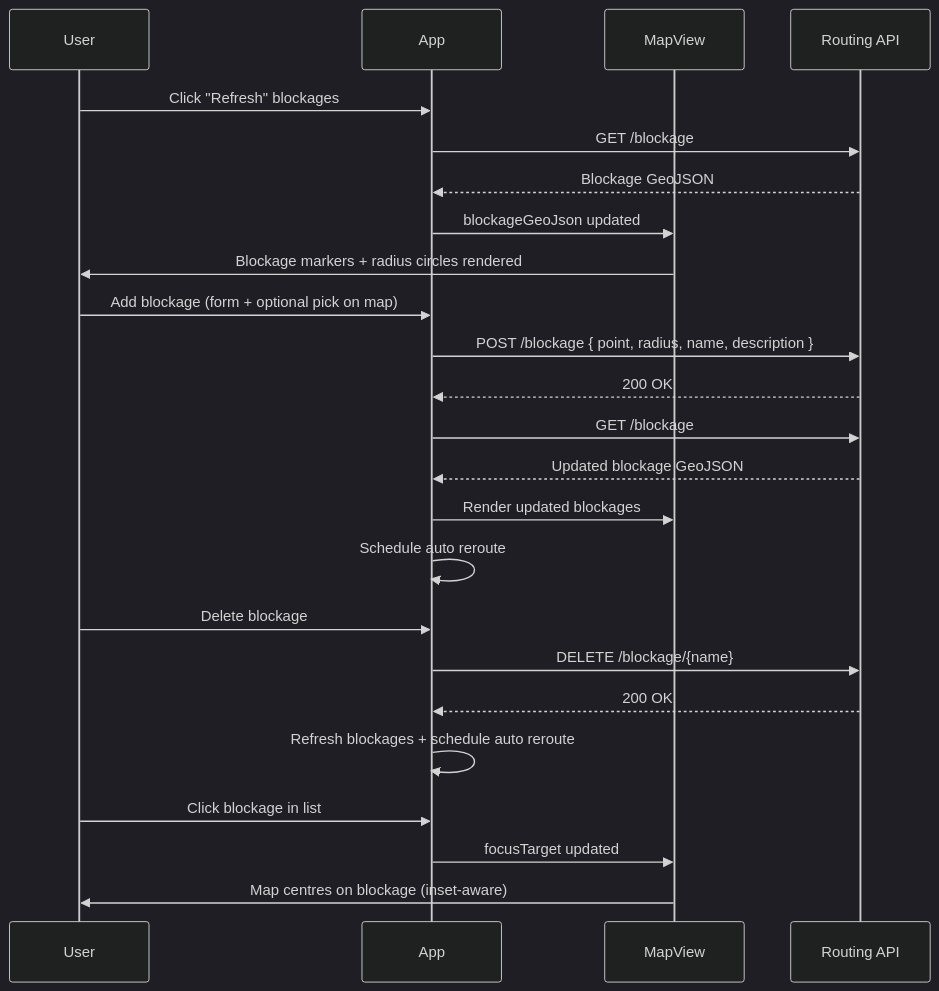
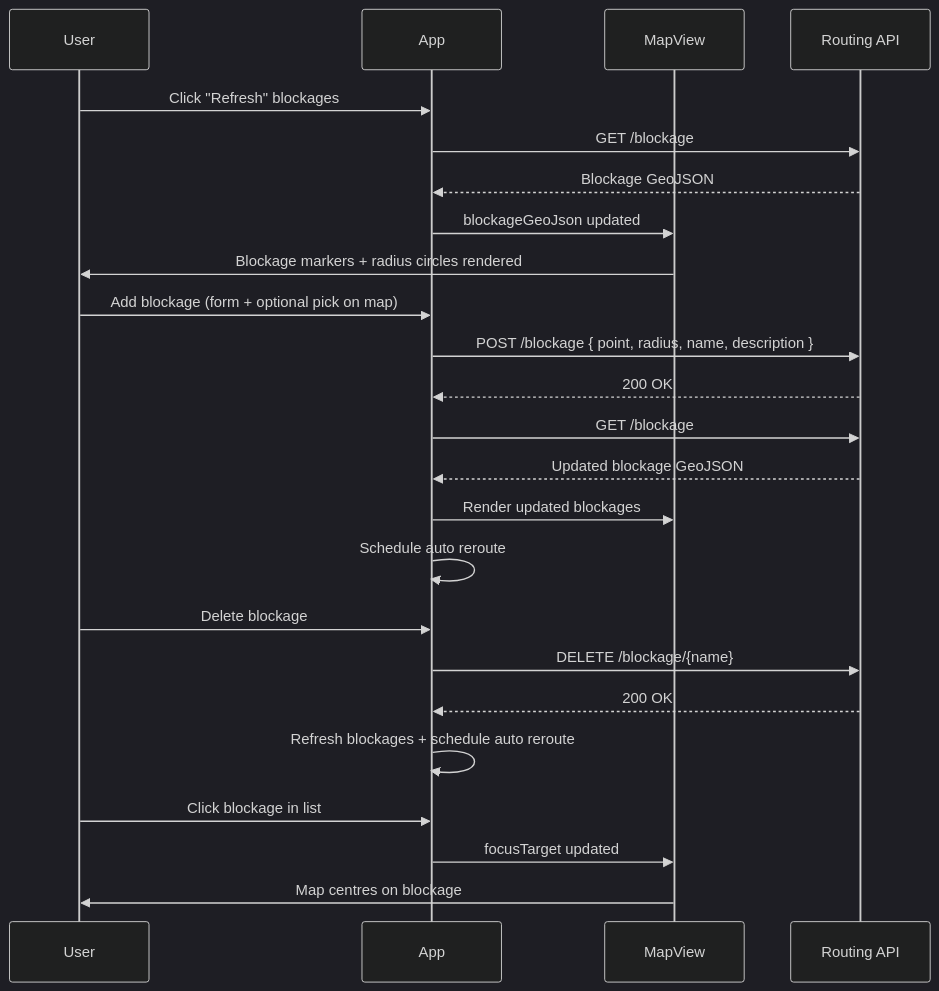
Before and after one commit to shannenlolol/SG_Routing_UI_SL: diagram 11 of 13 in docs/Software Design Description.md, drawn with Mermaid (dark theme). The commit also changed other lines of this file and 3 other files, not shown here.

````diff
--- a/docs/Software Design Description.md
+++ b/docs/Software Design Description.md
@@ -333,30 +287,30 @@
 ```mermaid
 sequenceDiagram
     participant User
     participant App
     participant MapView
     participant RoutingAPI as Routing API
 
     User->>App: Click "Refresh" blockages
     App->>RoutingAPI: GET /blockage
     RoutingAPI-->>App: Blockage GeoJSON
     App->>MapView: blockageGeoJson updated
     MapView->>User: Blockage markers + radius circles rendered
 
     User->>App: Add blockage (form + optional pick on map)
     App->>RoutingAPI: POST /blockage { point, radius, name, description }
     RoutingAPI-->>App: 200 OK
     App->>RoutingAPI: GET /blockage
     RoutingAPI-->>App: Updated blockage GeoJSON
     App->>MapView: Render updated blockages
     App->>App: Schedule auto reroute
 
     User->>App: Delete blockage
     App->>RoutingAPI: DELETE /blockage/{name}
     RoutingAPI-->>App: 200 OK
     App->>App: Refresh blockages + schedule auto reroute
 
     User->>App: Click blockage in list
     App->>MapView: focusTarget updated
-    MapView->>User: Map centres on blockage (inset-aware)
+    MapView->>User: Map centres on blockage
 ```
````
